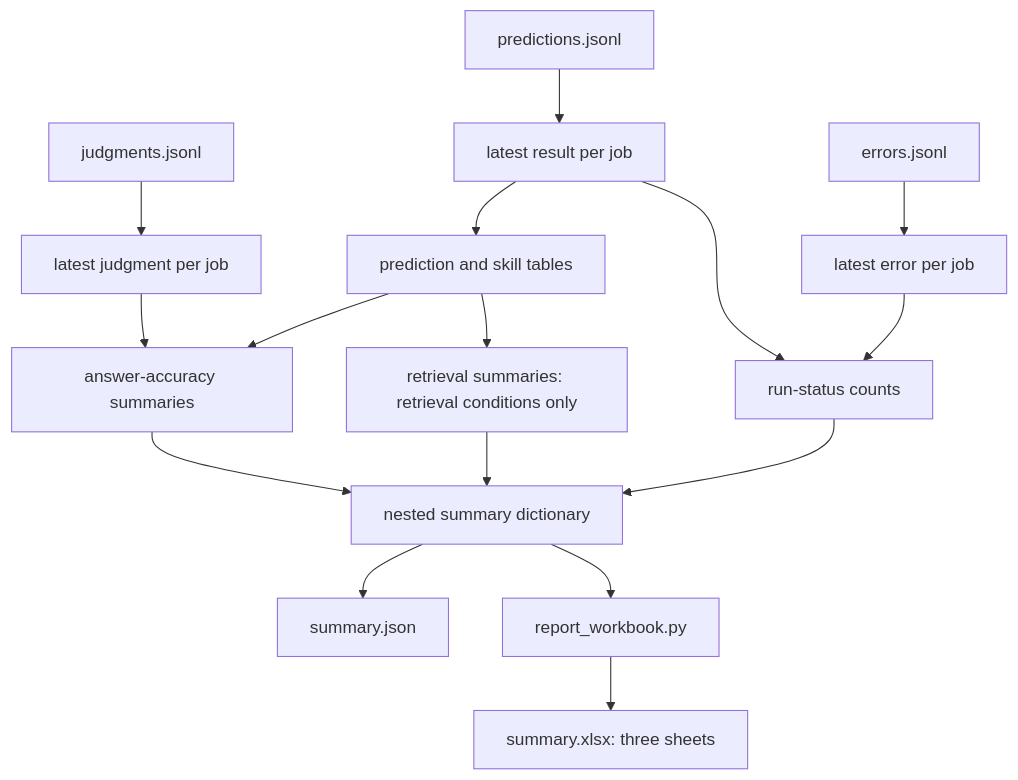
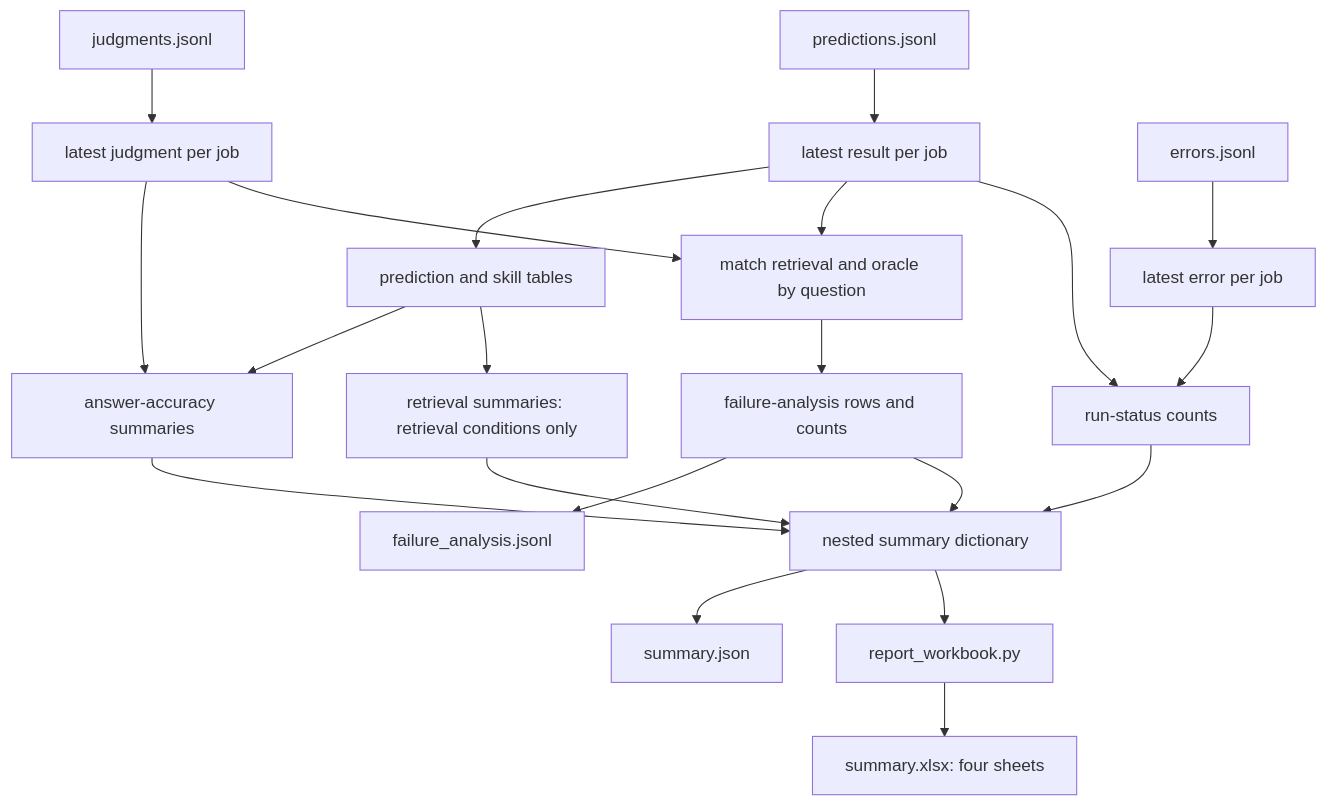
One commit to 14zhasim/Agentic_RAG changed the eighth of 11 diagrams in docs sys design/benchmark/FinanceBench Implementation Guide.md. Above: the diagram before and after it, drawn with Mermaid. The commit also changed other lines of this file and 6 other files, not shown here.

Commit message:
feat: report benchmark failure analysis

````diff
--- a/docs sys design/benchmark/FinanceBench Implementation Guide.md
+++ b/docs sys design/benchmark/FinanceBench Implementation Guide.md
@@ -1261,18 +1382,23 @@
 ```mermaid
 flowchart TD
     A[predictions.jsonl] --> B[latest result per job]
     J[judgments.jsonl] --> C[latest judgment per job]
     E[errors.jsonl] --> D[latest error per job]
     B --> P[prediction and skill tables]
     C --> Q[answer-accuracy summaries]
     P --> Q
     P --> R[retrieval summaries: retrieval conditions only]
+    B --> F[match retrieval and oracle by question]
+    C --> F
+    F --> FA[failure-analysis rows and counts]
+    FA --> FJSON[failure_analysis.jsonl]
     B --> S[run-status counts]
     D --> S
     Q --> N[nested summary dictionary]
     R --> N
+    FA --> N
     S --> N
     N --> JSON[summary.json]
     N --> BOOK[report_workbook.py]
-    BOOK --> XLSX[summary.xlsx: three sheets]
+    BOOK --> XLSX[summary.xlsx: four sheets]
 ```
````
